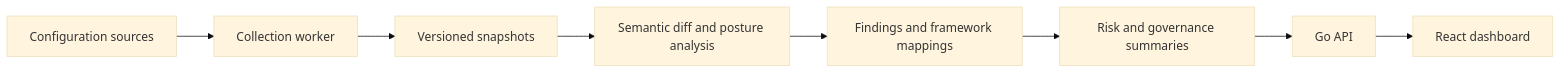
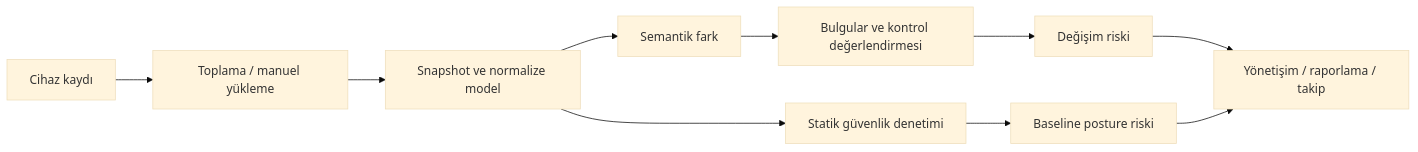
Before and after one commit to Ertanso/netconfigguard-showcase: the diagram in README.md, drawn with Mermaid (base theme). The commit also changed other lines of this file and 11 other files, not shown here.

````diff
--- a/README.md
+++ b/README.md
@@ -26,10 +28,12 @@
 ```mermaid
 flowchart LR
-    D[Configuration sources] --> W[Collection worker]
-    W --> S[Versioned snapshots]
-    S --> A[Semantic diff and posture analysis]
-    A --> F[Findings and framework mappings]
-    F --> R[Risk and governance summaries]
-    R --> API[Go API]
-    API --> UI[React dashboard]
+    A[Cihaz kaydı] --> B[Toplama / manuel yükleme]
+    B --> C[Snapshot ve normalize model]
+    C --> D[Semantik fark]
+    C --> E[Statik güvenlik denetimi]
+    D --> F[Bulgular ve kontrol değerlendirmesi]
+    F --> G[Değişim riski]
+    E --> H[Baseline posture riski]
+    G --> I[Yönetişim / raporlama / takip]
+    H --> I
 ```
````
